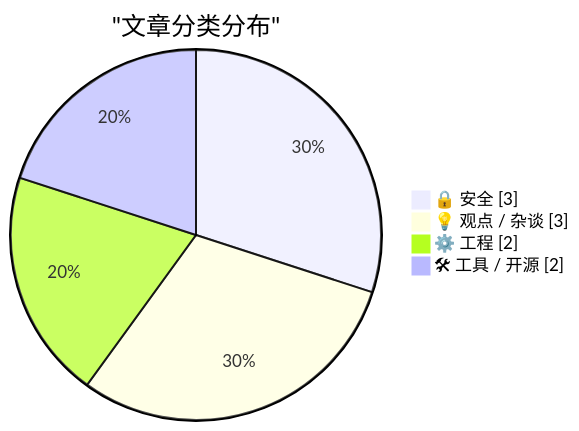
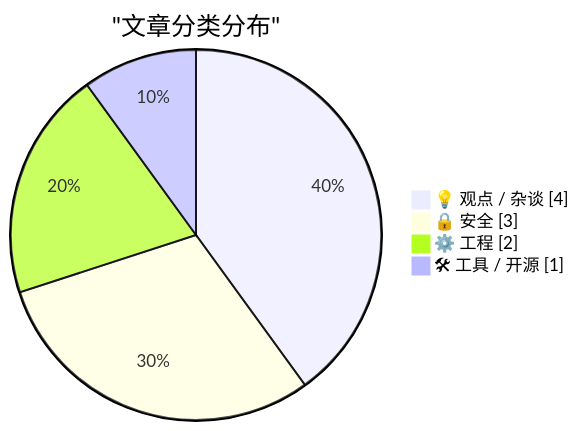
One commit to originem0/SZBlog changed the first of 2 diagrams in content/ai-daily/2026-04-04.md. Above: the diagram before and after it, drawn with Mermaid. The commit also changed other lines of this file, not shown here.

````diff
--- a/content/ai-daily/2026-04-04.md
+++ b/content/ai-daily/2026-04-04.md
@@ -60,8 +60,8 @@
 ```mermaid
 pie showData
     title "文章分类分布"
+    "💡 观点 / 杂谈" : 4
     "🔒 安全" : 3
-    "💡 观点 / 杂谈" : 3
     "⚙️ 工程" : 2
-    "🛠 工具 / 开源" : 2
+    "🛠 工具 / 开源" : 1
 ```
````
